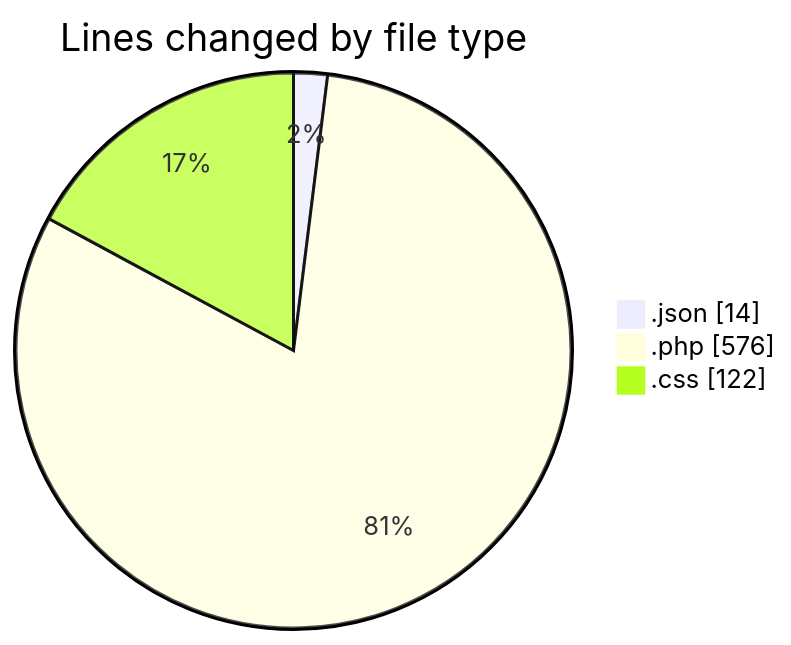
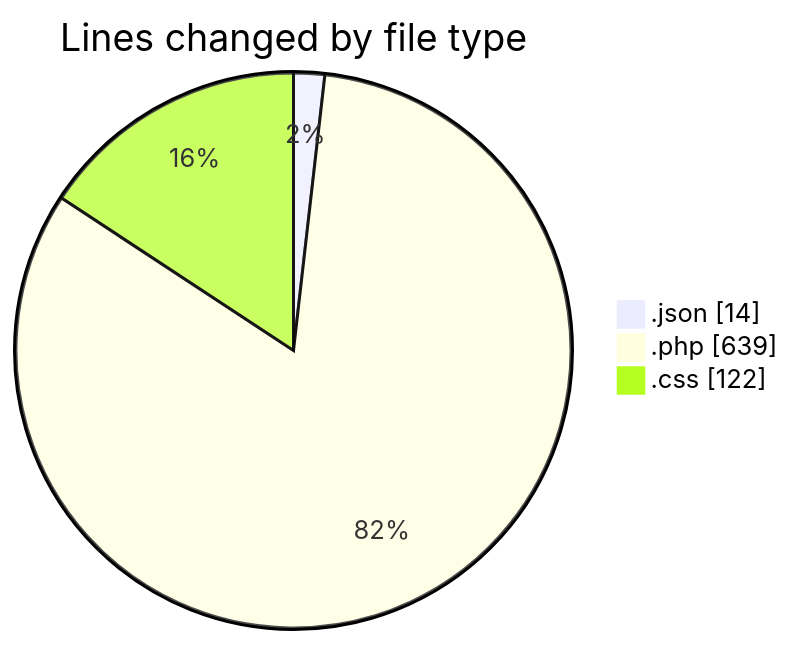
The first of 2 diagrams in 2026-07-27/untitled__workspace_/README.md (debugP/code-tracking), drawn with Mermaid before and after one commit. The commit also changed other lines of this file and 1 other file, not shown here.

````diff
--- a/2026-07-27/untitled__workspace_/README.md
+++ b/2026-07-27/untitled__workspace_/README.md
@@ -23,7 +23,7 @@
 ```mermaid
 pie showData
 title Lines changed by file type
 ".json" : 14
-".php" : 576
+".php" : 639
 ".css" : 122
 ```
````
